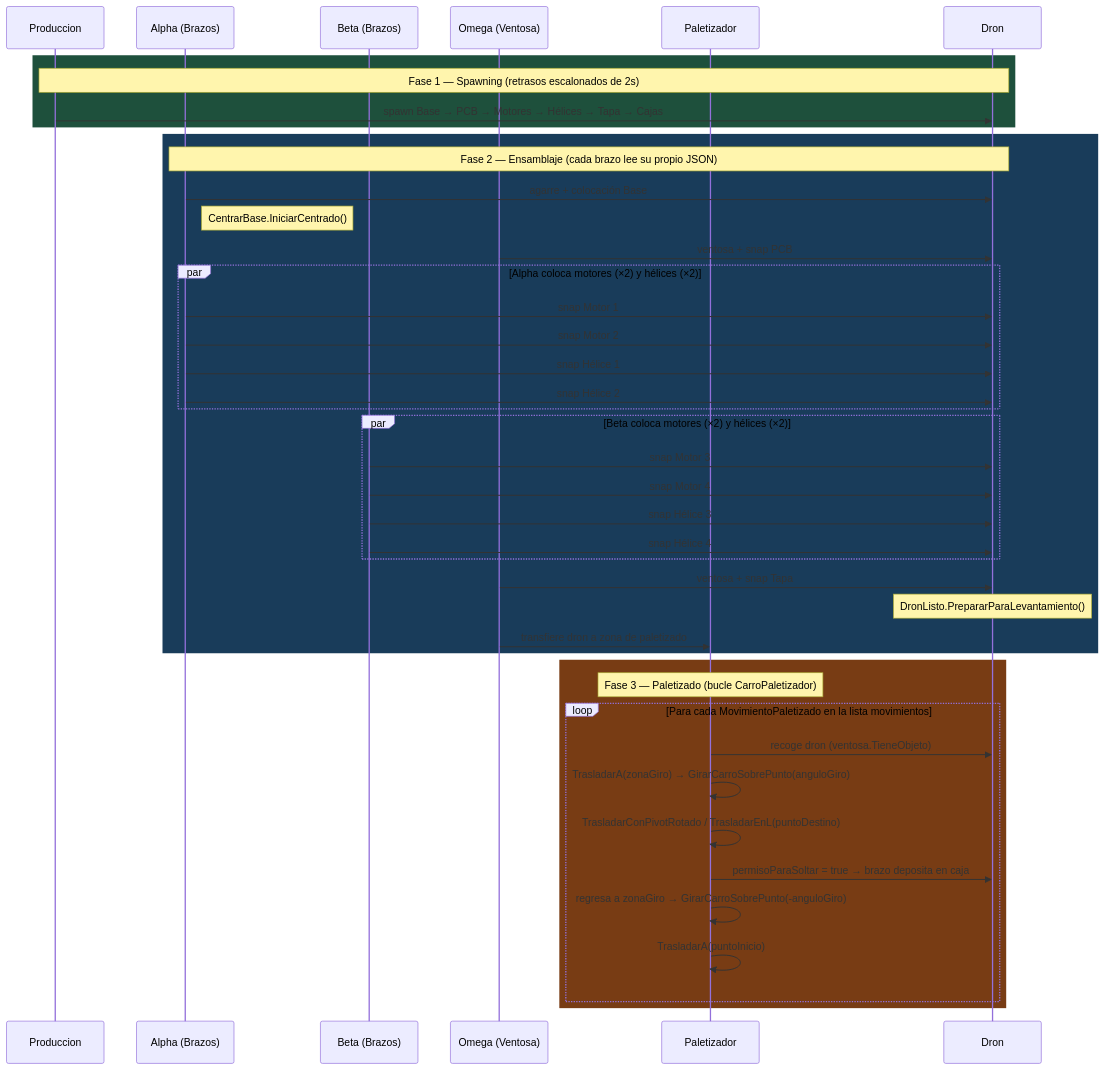
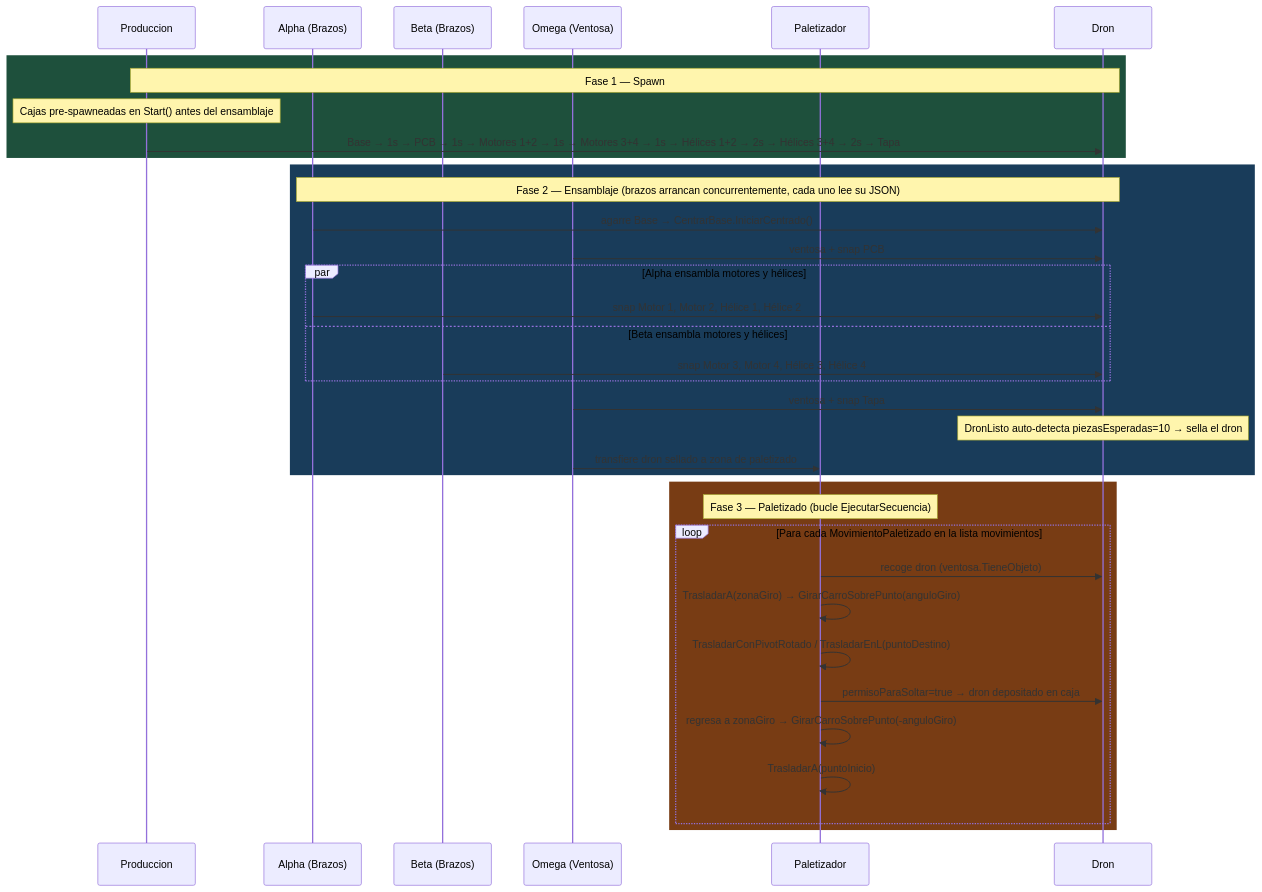
Diagram 11 of 12 in README.md (jorgefajardom-coder/drone-packaging-simulation-unity), drawn with Mermaid before and after one commit. The commit also changed other lines of this file, not shown here.

First line of the commit message:
docs: rehace diagramas y elimina versión Unity redundante

````diff
--- a/README.md
+++ b/README.md
@@ -1654,52 +1651,43 @@
 ```mermaid
 sequenceDiagram
     participant P as Produccion
     participant A as Alpha (Brazos)
     participant B as Beta (Brazos)
     participant W as Omega (Ventosa)
     participant PAL as Paletizador
     participant D as Dron
 
     rect rgb(30, 80, 60)
-        Note over P,D: Fase 1 — Spawning (retrasos escalonados de 2s)
-        P->>D: spawn Base → PCB → Motores → Hélices → Tapa → Cajas
+        Note over P,D: Fase 1 — Spawn
+        Note over P: Cajas pre-spawneadas en Start() antes del ensamblaje
+        P->>D: Base → 1s → PCB → 1s → Motores 1+2 → 1s → Motores 3+4 → 1s → Hélices 1+2 → 2s → Hélices 3+4 → 2s → Tapa
     end
 
     rect rgb(25, 60, 90)
-        Note over A,D: Fase 2 — Ensamblaje (cada brazo lee su propio JSON)
-        A->>D: agarre + colocación Base
-        Note right of A: CentrarBase.IniciarCentrado()
+        Note over A,D: Fase 2 — Ensamblaje (brazos arrancan concurrentemente, cada uno lee su JSON)
+        A->>D: agarre Base → CentrarBase.IniciarCentrado()
         W->>D: ventosa + snap PCB
 
-        par Alpha coloca motores (×2) y hélices (×2)
-            A->>D: snap Motor 1
-            A->>D: snap Motor 2
-            A->>D: snap Hélice 1
-            A->>D: snap Hélice 2
-        end
-
-        par Beta coloca motores (×2) y hélices (×2)
-            B->>D: snap Motor 3
-            B->>D: snap Motor 4
-            B->>D: snap Hélice 3
-            B->>D: snap Hélice 4
+        par Alpha ensambla motores y hélices
+            A->>D: snap Motor 1, Motor 2, Hélice 1, Hélice 2
+        and Beta ensambla motores y hélices
+            B->>D: snap Motor 3, Motor 4, Hélice 3, Hélice 4
         end
 
         W->>D: ventosa + snap Tapa
-
-        Note over D: DronListo.PrepararParaLevantamiento()
-        W->>PAL: transfiere dron a zona de paletizado
+        Note over D: DronListo auto-detecta piezasEsperadas=10 → sella el dron
+        W->>PAL: transfiere dron sellado a zona de paletizado
     end
 
     rect rgb(120, 60, 20)
-        Note over PAL: Fase 3 — Paletizado (bucle CarroPaletizador)
+        Note over PAL: Fase 3 — Paletizado (bucle EjecutarSecuencia)
         loop Para cada MovimientoPaletizado en la lista movimientos
             PAL->>D: recoge dron (ventosa.TieneObjeto)
             PAL->>PAL: TrasladarA(zonaGiro) → GirarCarroSobrePunto(anguloGiro)
             PAL->>PAL: TrasladarConPivotRotado / TrasladarEnL(puntoDestino)
-            PAL->>D: permisoParaSoltar = true → brazo deposita en caja
+            PAL->>D: permisoParaSoltar=true → dron depositado en caja
             PAL->>PAL: regresa a zonaGiro → GirarCarroSobrePunto(-anguloGiro)
             PAL->>PAL: TrasladarA(puntoInicio)
         end
     end
 ```
````
